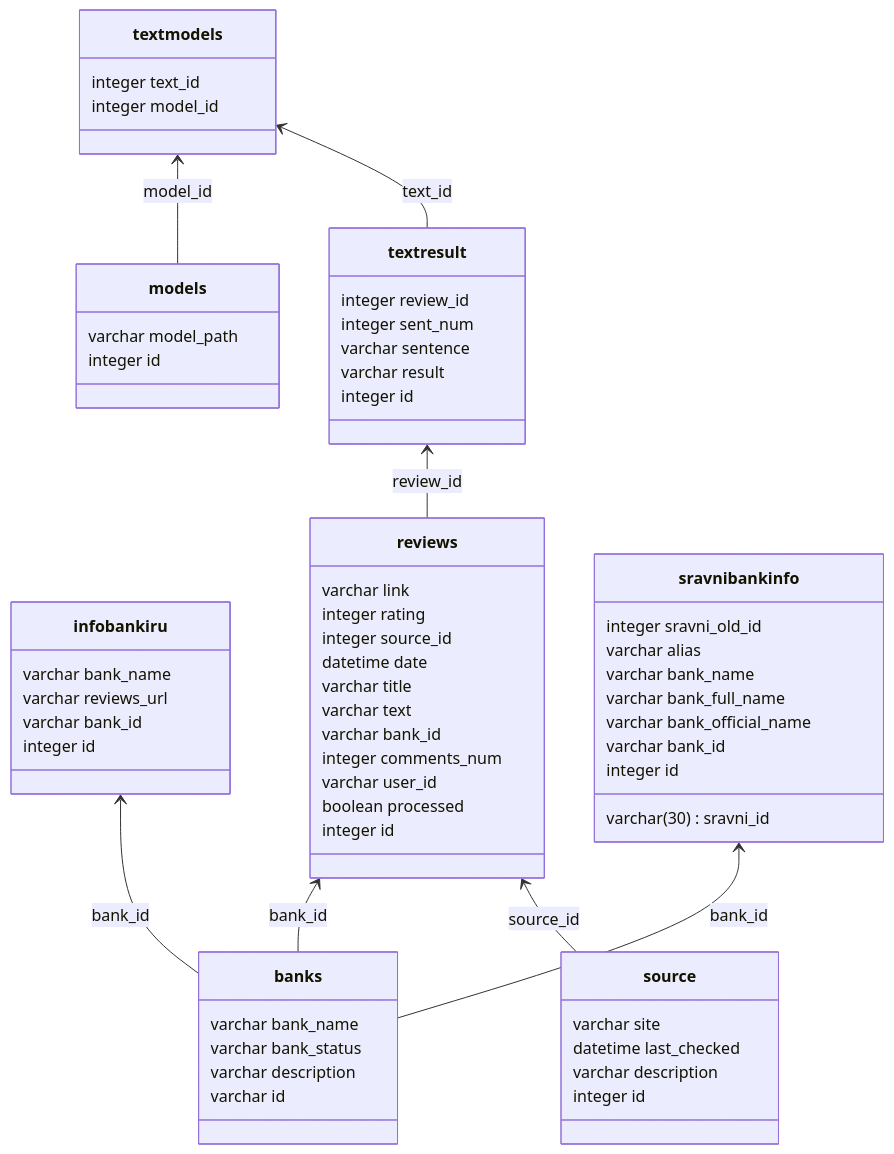
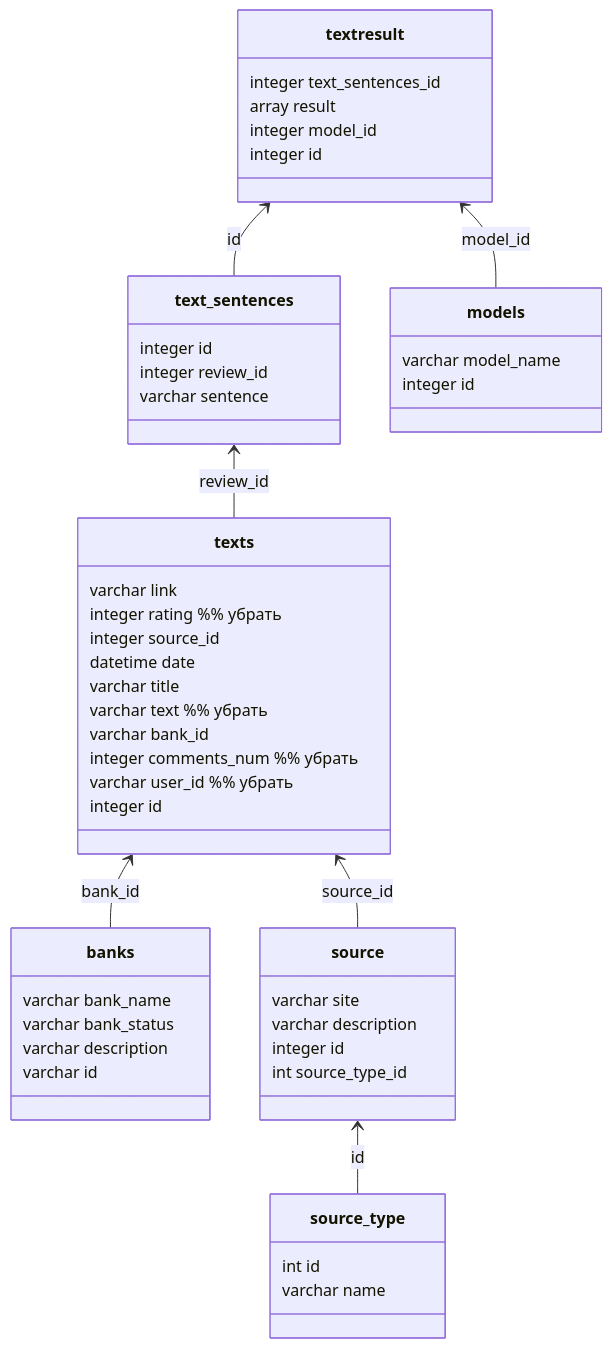
The first of 2 diagrams in README.md (dudin-george/ESG_analysis), drawn with Mermaid before and after one commit.

Commit message:
rework db

````diff
--- a/README.md
+++ b/README.md
@@ -10,68 +10,64 @@
-``` mermaid
+```mermaid
 classDiagram
 direction BT
+
 class banks {
    varchar bank_name
    varchar bank_status
    varchar description
    varchar id
 }
-class infobankiru {
-   varchar bank_name
-   varchar reviews_url
-   varchar bank_id
+
+class models {
+   varchar model_name
    integer id
 }
-class models {
-   varchar model_path
-   integer id
-}
-class reviews {
+
+class texts {
    varchar link
-   integer rating
+   integer rating %% убрать
    integer source_id
    datetime date
    varchar title
-   varchar text
+   varchar text %% убрать
    varchar bank_id
-   integer comments_num
-   varchar user_id
-   boolean processed
-   integer id
-}
-class source {
-   varchar site
-   datetime last_checked
-   varchar description
-   integer id
-}
-class sravnibankinfo {
-   varchar(30) sravni_id
-   integer sravni_old_id
-   varchar alias
-   varchar bank_name
-   varchar bank_full_name
-   varchar bank_official_name
-   varchar bank_id
-   integer id
-}
-class textmodels {
-   integer text_id
-   integer model_id
-}
-class textresult {
-   integer review_id
-   integer sent_num
-   varchar sentence
-   varchar result
+   integer comments_num %% убрать
+   varchar user_id %% убрать
    integer id
 }
 
-banks  -->  infobankiru : bank_id
-banks  -->  reviews : bank_id
-source  -->  reviews : source_id
-banks  -->  sravnibankinfo : bank_id
-models  -->  textmodels : model_id
-textresult  -->  textmodels : text_id
-reviews  -->  textresult : review_id
+class source_type {
+    int id
+    varchar name
+}
+
+class source {
+   varchar site
+   varchar description
+   integer id
+   int source_type_id
+}
+
+class text_sentences {
+    integer id
+    integer review_id
+    varchar sentence
+}
+
+class textresult {
+   integer text_sentences_id
+   array result
+   integer model_id
+   integer id
+}
+
+%%parse_sources  -->  infobankiru : bank_id
+%%parse_sources  -->  sravnibankinfo : bank_id
+
+texts --> text_sentences: review_id
+source_type --> source: id
+banks  -->  texts : bank_id
+source  -->  texts : source_id
+text_sentences --> textresult: id
+models --> textresult: model_id
 ```
````
